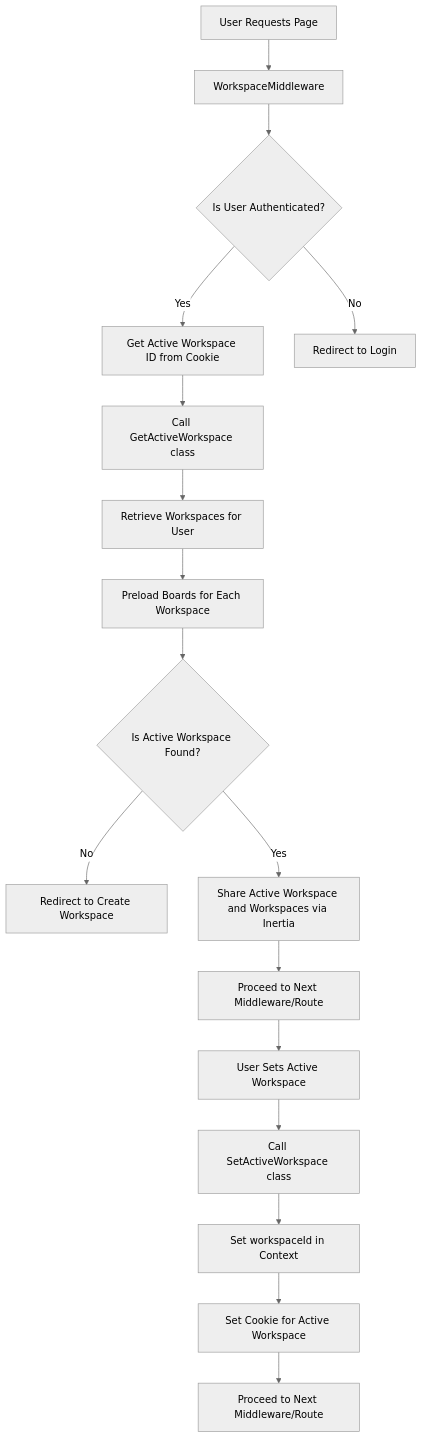
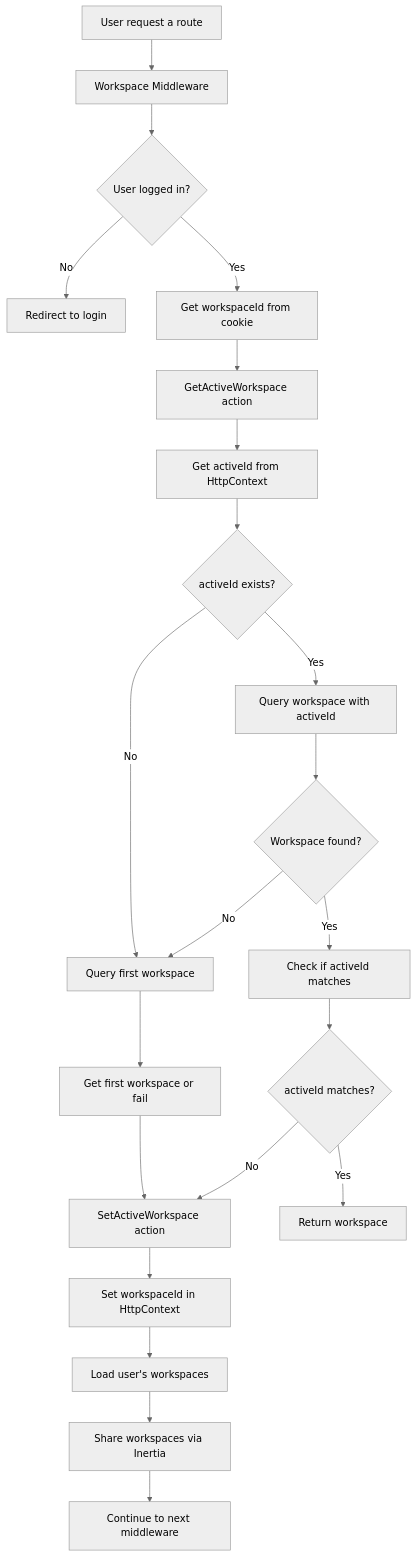
The third of 3 diagrams in README.md (EmilienBilly/sojatask), drawn with Mermaid (neutral theme) before and after one commit. The commit also changed other lines of this file, not shown here.

Commit message:
docs(README): update flowchart to clarify workspace middleware logic

````diff
--- a/README.md
+++ b/README.md
@@ -201,22 +201,24 @@
 ```mermaid
 flowchart TD
-    A[User Requests Page] --> B[WorkspaceMiddleware]
-    B --> C{Is User Authenticated?}
-    C -- Yes --> D[Get Active Workspace ID from Cookie]
-    D --> E[Call GetActiveWorkspace class]
-    E --> F[Retrieve Workspaces for User]
-    F --> G[Preload Boards for Each Workspace]
-    G --> H{Is Active Workspace Found?}
-    H -- No --> I[Redirect to Create Workspace]
-    H -- Yes --> J[Share Active Workspace and Workspaces via Inertia]
-    J --> K[Proceed to Next Middleware/Route]
-
-    %% Adding SetActiveWorkspace Action
-    K --> L[User Sets Active Workspace]
-    L --> M[Call SetActiveWorkspace class]
-    M --> N[Set workspaceId in Context]
-    N --> O[Set Cookie for Active Workspace]
-    O --> P[Proceed to Next Middleware/Route]
-
-    C -- No --> Q[Redirect to Login]
+    OUI[User request a route] -->A[Workspace Middleware]
+    A --> B{User logged in?}
+    B -->|No| D[Redirect to login]
+    B -->|Yes| C[Get workspaceId from cookie]
+    C --> G[GetActiveWorkspace action]
+    G --> H[Get activeId from HttpContext]
+    H --> I{activeId exists?}
+    I -->|Yes| J[Query workspace with activeId]
+    I -->|No| K[Query first workspace]
+    J --> L{Workspace found?}
+    L -->|Yes| M[Check if activeId matches]
+    L -->|No| K
+    K --> N[Get first workspace or fail]
+    N --> P
+    M --> O{activeId matches?}
+    O -->|No| P[SetActiveWorkspace action]
+    O -->|Yes| Q[Return workspace]
+    P --> R[Set workspaceId in HttpContext]
+    R --> T
+    T[Load user's workspaces] --> V[Share workspaces via Inertia]
+    V --> W[Continue to next middleware]
 ```
````
